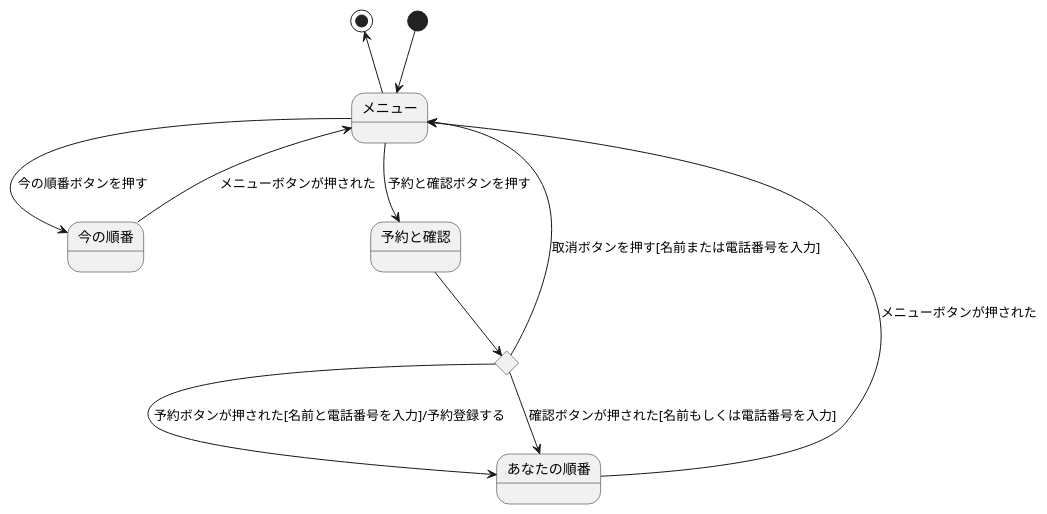
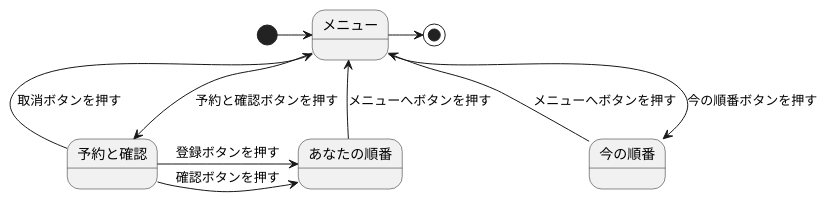
The diagram in 演習6-3_ステートマシン図_診察予約システム.pu (yoshidasen/uml-introduction), drawn with PlantUML before and after one commit.

Commit message:
演習6-3ステートマシン図

```diff
--- a/演習6-3_ステートマシン図_診察予約システム.pu
+++ b/演習6-3_ステートマシン図_診察予約システム.pu
@@ -1,49 +1,13 @@
 @startuml 診察予約システム
     ' left to right direction
-    
-    ' [*] -right-> 接続
-    
-    ' state c <<choice>>
+    [*] -right-> メニュー
 
-    ' 接続 -right-> メニュー画面表示中
-    ' メニュー画面表示中 --> c
-    ' c --> 操作待機中 : 予約と確認ボタンを押す
-    ' c --> 今の順番表示中 : 今の順番ボタンを押す
-
-    ' state c2 <<choice>>
-
-    ' 操作待機中 --> c2
-    ' c2 --> 登録中 : 登録ボタンを押す[名前・電話番号を入力]
-    ' c2 --> 確認中 : 確認ボタンを押す[名前または電話番号を入力]
-    ' c2 --> 取り消し中 : 取消ボタンを押す[名前または電話番号を入力]
-
-    ' 登録中 --> 順番表示中
-    ' 確認中 --> 順番表示中
-    ' 取り消し中 --> メニュー画面表示中 : メニューへボタンを押す
-    ' 順番表示中 --> メニュー画面表示中 : メニューへボタンを押す
-    ' 今の順番表示中 --> メニュー画面表示中 : メニューへボタンを押す
-    ' メニュー画面表示中 -right-> 切断 : 終わりボタンを押す
-    ' 切断 -right-> [*]
-
-    ' ----------
-' ※ステートマシン図記述の際の注意点　
-' スマートフォンの４つの画面を状態オブジェクトとします　
-' ４つの画面：メニュー、予約と確認、あなたの順番、今の順
-    [*] --> メニュー
+    メニュー --> 予約と確認 : 予約と確認ボタンを押す
+    メニュー <-- 予約と確認 : 取消ボタンを押す
+    予約と確認 -right-> あなたの順番 : 登録ボタンを押す
+    予約と確認 -right-> あなたの順番 : 確認ボタンを押す
+    メニュー <-- あなたの順番 : メニューへボタンを押す
+    メニュー <-- 今の順番 : メニューへボタンを押す
     メニュー --> 今の順番 : 今の順番ボタンを押す
-    メニュー --> 予約と確認 : 予約と確認ボタンを押す
-
-    state c <<choice>>
-
-    予約と確認 --> c
-    c --> あなたの順番 : 予約ボタンが押された[名前と電話番号を入力]/予約登録する
-    c --> あなたの順番 : 確認ボタンが押された[名前もしくは電話番号を入力]
-    c --> メニュー : 取消ボタンを押す[名前または電話番号を入力]
-
-    あなたの順番 --> メニュー : メニューボタンが押された
-    今の順番 --> メニュー : メニューボタンが押された
-    メニュー -up-> [*]
-
-
-
+    メニュー -right-> [*]
 @enduml
```
